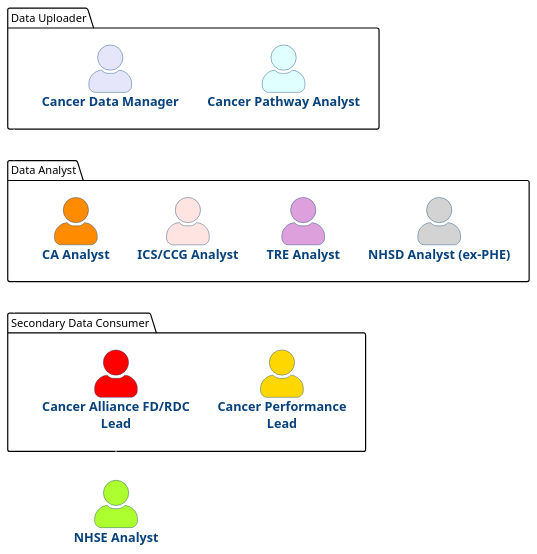
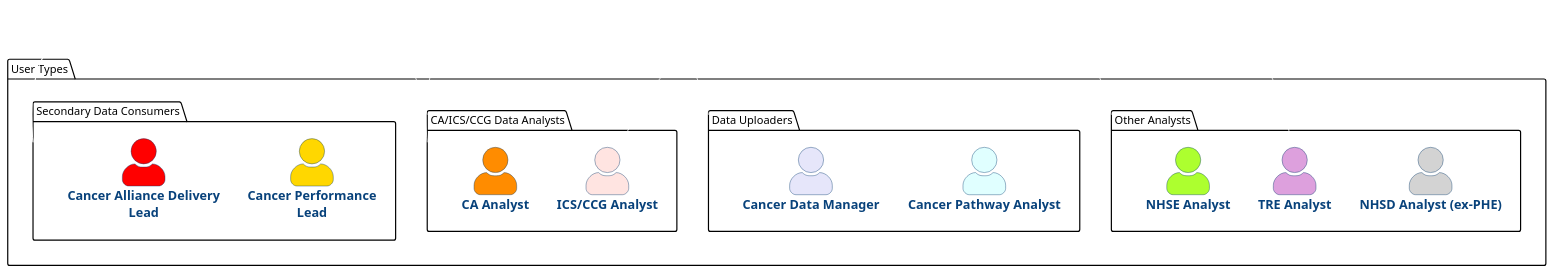
The diagram in CWT/Process/user-types.puml (nhsx/dt-public), drawn with PlantUML before and after one commit. The commit also changed 6 other files, not shown here.

Commit message:
Update file(s) "/." from "nhsx/dt-architecture"

```diff
--- a/CWT/Process/user-types.puml
+++ b/CWT/Process/user-types.puml
@@ -1,42 +1,48 @@
 @startuml cwt-user-types
 'left to right direction
 
 !include <C4/C4_Container>
 
 HIDE_STEREOTYPE()
 SHOW_PERSON_PORTRAIT()
 
 UpdateElementStyle(person, $fontColor="black")
 
 skinparam Shadowing false
 
-package "Data Uploader" as du {
+package "User Types" as ut {
+
+package "Other Analysts" as oa {
+  Person("nhse.analyst", "NHSE Analyst", "") #GreenYellow 
+  Person("tre.analyst", "TRE Analyst", "") #Plum
+  Person("nhsd.analyst", "NHSD Analyst (ex-PHE)", "") #LightGrey
+}
+
+package "Data Uploaders" as du {
 
   Person("cancer.pathway.analyst", "Cancer Pathway Analyst", "") #LightCyan
   Person("cancer.data.manager", "Cancer Data Manager", "") #Lavender
 
 }
 
-package "Data Analyst" as da {
+package "CA/ICS/CCG Data Analysts" as da {
   Person("ca.analyst", "CA Analyst", "") #DarkOrange
   Person("ics.analyst", "ICS/CCG Analyst", "") #MistyRose   
-  Person("tre.analyst", "TRE Analyst", "") #Plum
-  Person("nhsd.analyst", "NHSD Analyst (ex-PHE)", "") #LightGrey
 
   ca.analyst -[#hidden] ics.analyst
   ics.analyst -[#hidden] tre.analyst
   tre.analyst -[#hidden] nhsd.analyst
 }
 
-package "Secondary Data Consumer" as dc1 {
+package "Secondary Data Consumers" as dc1 {
   Person("cancer.perf.lead", "Cancer Performance Lead", "") #Gold   
-  Person("cancer.alliance.fd.lead", "Cancer Alliance FD/RDC Lead", "") #Red
+  Person("cancer.alliance.fd.lead", "Cancer Alliance Delivery Lead", "") #Red
 }
 
-Person("nhse.analyst", "NHSE Analyst", "") #GreenYellow   
+}
 
-du -[#hidden]- da
-da -[#hidden]- dc1
-cancer.alliance.fd.lead -[#hidden]- nhse.analyst
+du -[#hidden] da
+da -[#hidden] dc1
+dc1 -[#hidden] oa
 
 @enduml
```
